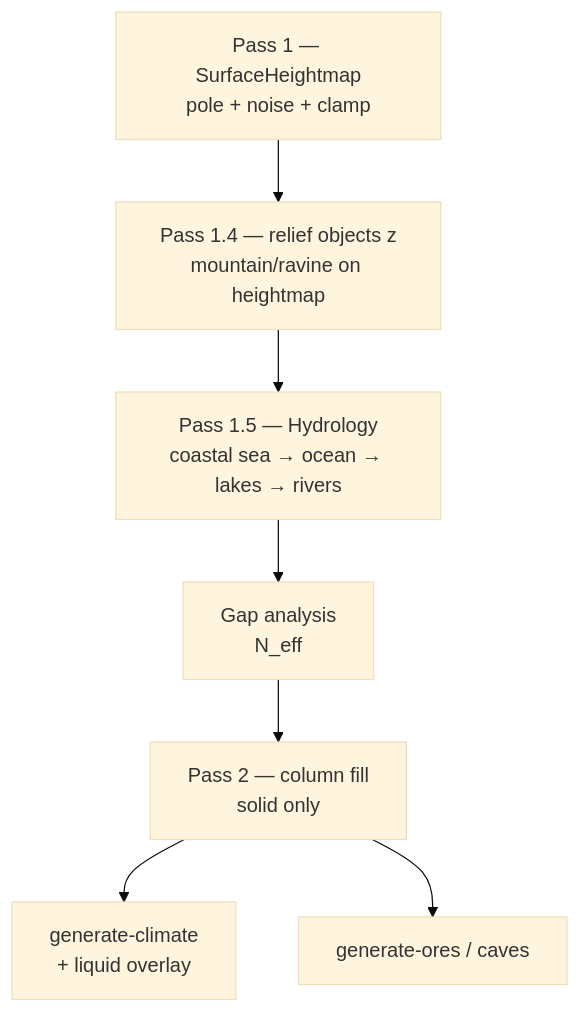
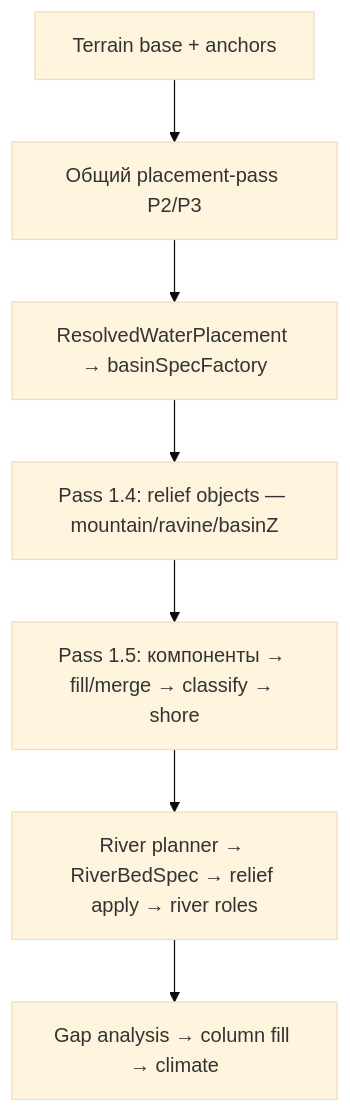
One commit to AndrewBondaren/AI-Project changed the first of 4 diagrams in docs/tz_terrain_hydrology.md. Above: the diagram before and after it, drawn with Mermaid (base theme). The commit also changed other lines of this file and 49 other files, not shown here.

First line of the commit message:
``` refactor(hydrology): add DeclaredBasin/WaterBody/BasinKind/WaterSide models and extend DeclaredCoastline with kind/liquid/closed/water_side for HY-12 step 2 POJO

````diff
--- a/docs/tz_terrain_hydrology.md
+++ b/docs/tz_terrain_hydrology.md
@@ -79,13 +79,11 @@
 ```mermaid
 flowchart TB
-  P1["Pass 1 — SurfaceHeightmap\npole + noise + clamp"]
-  R4["Pass 1.4 — relief objects z\nmountain/ravine on heightmap"]
-  HY["Pass 1.5 — Hydrology\ncoastal sea → ocean → lakes → rivers"]
-  GA["Gap analysis\nN_eff"]
-  P2["Pass 2 — column fill\nsolid only"]
-  CL["generate-climate\n+ liquid overlay"]
-  OR["generate-ores / caves"]
-
-  P1 --> R4 --> HY --> GA --> P2 --> CL
-  P2 --> OR
+  BASE["Terrain base + anchors"]
+  PLACE["Общий placement-pass P2/P3"]
+  SPEC["ResolvedWaterPlacement → basinSpecFactory"]
+  R4["Pass 1.4: relief objects — mountain/ravine/basinZ"]
+  WATER["Pass 1.5: компоненты → fill/merge → classify → shore"]
+  RIVER["River planner → RiverBedSpec → relief apply → river roles"]
+  GA["Gap analysis → column fill → climate"]
+  BASE --> PLACE --> SPEC --> R4 --> WATER --> RIVER --> GA
 ```
````
